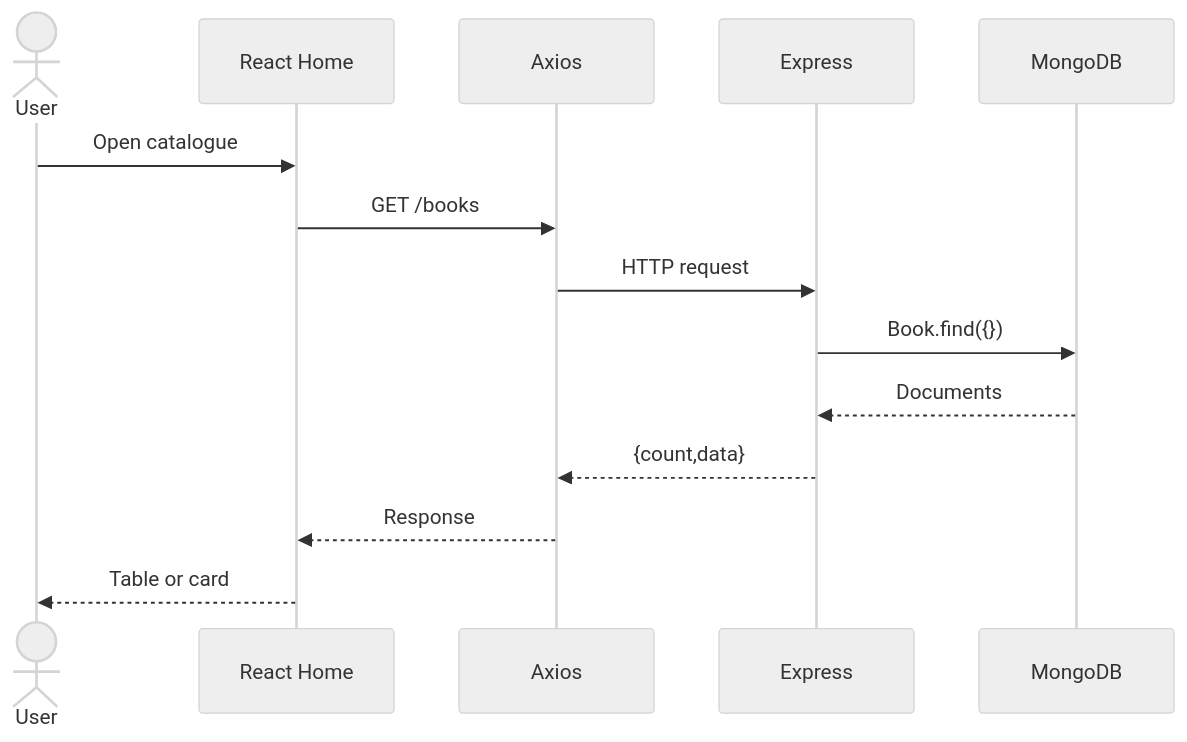
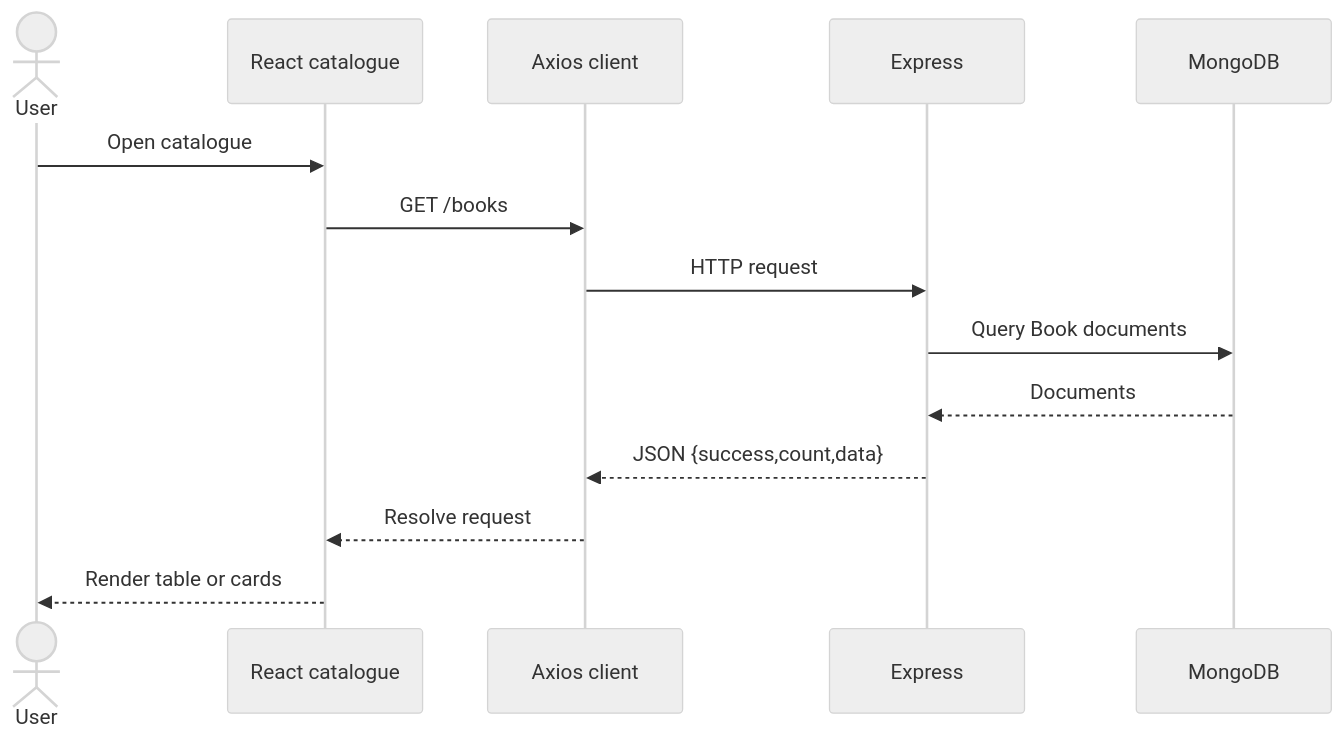
Before and after one commit to Brajesh31/Anime-Book-Store: the second of 4 diagrams in README.md, drawn with Mermaid (neutral theme). The commit also changed other lines of this file and 2 other files, not shown here.

````diff
--- a/README.md
+++ b/README.md
@@ -112,16 +156,16 @@
 ```mermaid
 sequenceDiagram
  actor User
- participant UI as React Home
- participant HTTP as Axios
+ participant UI as React catalogue
+ participant HTTP as Axios client
  participant API as Express
  participant DB as MongoDB
  User->>UI: Open catalogue
  UI->>HTTP: GET /books
  HTTP->>API: HTTP request
- API->>DB: Book.find({})
+ API->>DB: Query Book documents
  DB-->>API: Documents
- API-->>HTTP: {count,data}
- HTTP-->>UI: Response
- UI-->>User: Table or card
+ API-->>HTTP: JSON {success,count,data}
+ HTTP-->>UI: Resolve request
+ UI-->>User: Render table or cards
 ```
````
